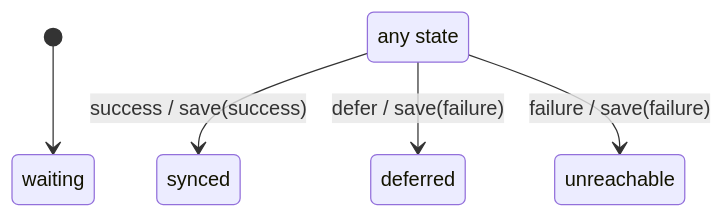
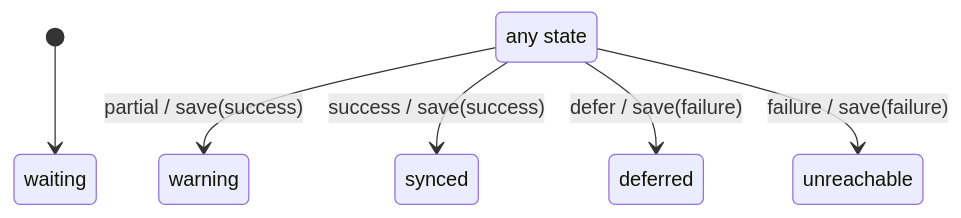
The diagram in docs/machines/sync_machine.md (rpmessner/beads-board), drawn with Mermaid before and after one commit. The commit also changed other lines of this file and 24 other files, not shown here.

````diff
--- a/docs/machines/sync_machine.md
+++ b/docs/machines/sync_machine.md
@@ -5,8 +5,9 @@
 ```mermaid
 stateDiagram-v2
     [*] --> waiting
+    fsm_any --> warning: partial / save(success)
     fsm_any --> synced: success / save(success)
     fsm_any --> deferred: defer / save(failure)
     fsm_any --> unreachable: failure / save(failure)
     state "any state" as fsm_any
 ```
````
